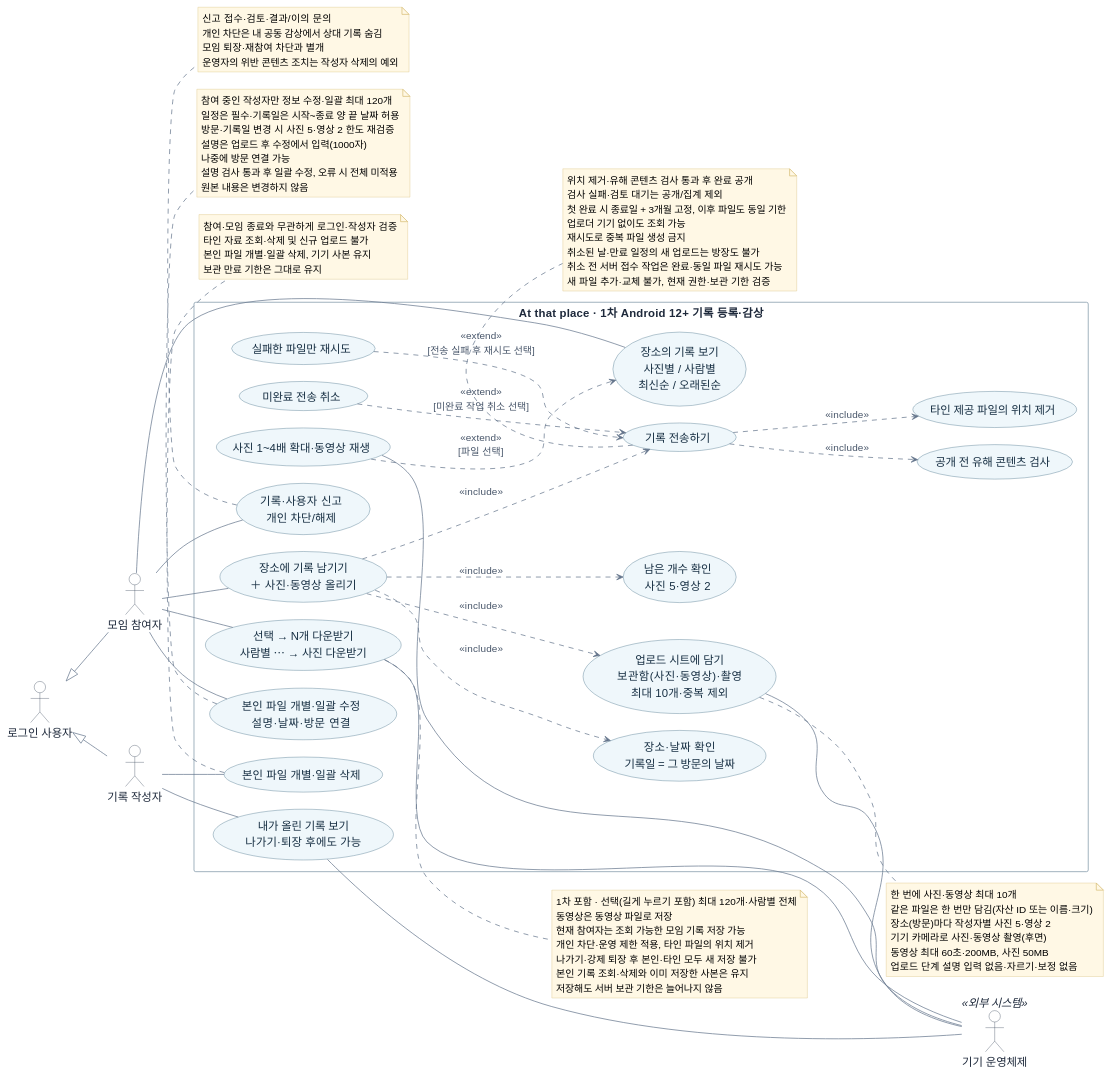
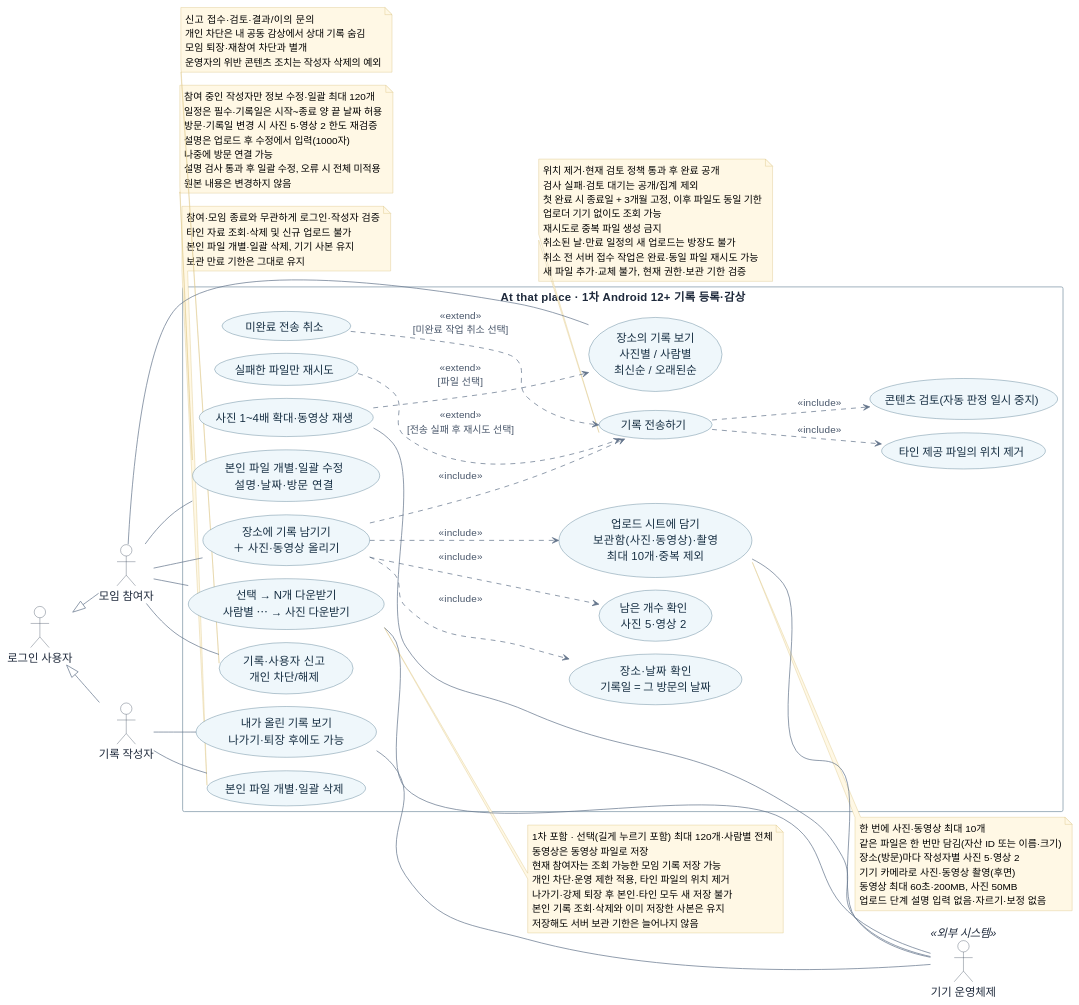
One commit to eunssong2/reelspot changed the diagram in 기능 명세서/다이어그램/recording.puml. Above: the diagram before and after it, drawn with PlantUML. The commit also changed 181 other files, not shown here.

```diff
--- a/기능 명세서/다이어그램/recording.puml
+++ b/기능 명세서/다이어그램/recording.puml
@@ -1,127 +1,128 @@
 @startuml
+!pragma layout smetana
 left to right direction
 skinparam backgroundColor white
 skinparam shadowing false
 skinparam defaultFontName "Noto Sans CJK KR"
 skinparam defaultFontSize 16
 skinparam ArrowColor #64748B
 skinparam ArrowFontColor #475569
 skinparam ArrowFontSize 14
 skinparam nodesep 24
 skinparam ranksep 48
 skinparam actor {
   BorderColor #334155
   FontColor #1E293B
   BackgroundColor white
 }
 skinparam usecase {
   BorderColor #35637C
   BackgroundColor #EFF7FB
   FontColor #172F43
 }
 skinparam rectangle {
   BorderColor #7A92A3
   BackgroundColor white
   FontColor #1E293B
 }
 skinparam note {
   BackgroundColor #FFF8E5
   BorderColor #D6BD75
   FontSize 14
 }
 
 actor "로그인 사용자" as User
 actor "모임 참여자" as Member
 actor "기록 작성자" as Author
 actor "기기 운영체제" as OS <<외부 시스템>>
 Member -up-|> User
 Author -up-|> User
 
 rectangle "At that place · 1차 Android 12+ 기록 등록·감상" {
   usecase "장소에 기록 남기기\n＋ 사진·동영상 올리기" as Record
   usecase "장소·날짜 확인\n기록일 = 그 방문의 날짜" as Target
   usecase "업로드 시트에 담기\n보관함(사진·동영상)·촬영\n최대 10개·중복 제외" as Prepare
   usecase "남은 개수 확인\n사진 5·영상 2" as Describe
   usecase "기록 전송하기" as Send
   usecase "타인 제공 파일의 위치 제거" as Privacy
-  usecase "공개 전 유해 콘텐츠 검사" as Filter
+  usecase "콘텐츠 검토(자동 판정 일시 중지)" as Filter
   usecase "기록·사용자 신고\n개인 차단/해제" as Safety
   usecase "실패한 파일만 재시도" as Retry
   usecase "미완료 전송 취소" as Cancel
   usecase "장소의 기록 보기\n사진별 / 사람별\n최신순 / 오래된순" as Browse
   usecase "사진 1~4배 확대·동영상 재생" as View
   usecase "본인 파일 개별·일괄 수정\n설명·날짜·방문 연결" as Edit
   usecase "선택 → N개 다운받기\n사람별 ⋯ → 사진 다운받기" as Save
   usecase "본인 파일 개별·일괄 삭제" as Delete
   usecase "내가 올린 기록 보기\n나가기·퇴장 후에도 가능" as Mine
 }
 Member -- Save
 Save -- OS
 Member -- Record
 Member -- Browse
 Member -- Safety
 Member -- Edit
 Author -- Mine
 Author -- Delete
 Mine -- OS
 Record ..> Target : <<include>>
 Record ..> Prepare : <<include>>
 Record ..> Describe : <<include>>
 Record ..> Send : <<include>>
 Send ..> Privacy : <<include>>
 Send ..> Filter : <<include>>
 Retry ..> Send : <<extend>>\n[전송 실패 후 재시도 선택]
 Cancel ..> Send : <<extend>>\n[미완료 작업 취소 선택]
 View ..> Browse : <<extend>>\n[파일 선택]
 Prepare -- OS
 View -- OS
 
 note right of Prepare
 한 번에 사진·동영상 최대 10개
 같은 파일은 한 번만 담김(자산 ID 또는 이름·크기)
 장소(방문)마다 작성자별 사진 5·영상 2
 기기 카메라로 사진·동영상 촬영(후면)
 동영상 최대 60초·200MB, 사진 50MB
 업로드 단계 설명 입력 없음·자르기·보정 없음
 end note
 note bottom of Send
-위치 제거·유해 콘텐츠 검사 통과 후 완료 공개
+위치 제거·현재 검토 정책 통과 후 완료 공개
 검사 실패·검토 대기는 공개/집계 제외
 첫 완료 시 종료일 + 3개월 고정, 이후 파일도 동일 기한
 업로더 기기 없이도 조회 가능
 재시도로 중복 파일 생성 금지
 취소된 날·만료 일정의 새 업로드는 방장도 불가
 취소 전 서버 접수 작업은 완료·동일 파일 재시도 가능
 새 파일 추가·교체 불가, 현재 권한·보관 기한 검증
 end note
 note bottom of Delete
 참여·모임 종료와 무관하게 로그인·작성자 검증
 타인 자료 조회·삭제 및 신규 업로드 불가
 본인 파일 개별·일괄 삭제, 기기 사본 유지
 보관 만료 기한은 그대로 유지
 end note
 note bottom of Edit
 참여 중인 작성자만 정보 수정·일괄 최대 120개
 일정은 필수·기록일은 시작~종료 양 끝 날짜 허용
 방문·기록일 변경 시 사진 5·영상 2 한도 재검증
 설명은 업로드 후 수정에서 입력(1000자)
 나중에 방문 연결 가능
 설명 검사 통과 후 일괄 수정, 오류 시 전체 미적용
 원본 내용은 변경하지 않음
 end note
 note right of Save
 1차 포함 · 선택(길게 누르기 포함) 최대 120개·사람별 전체
 동영상은 동영상 파일로 저장
 현재 참여자는 조회 가능한 모임 기록 저장 가능
 개인 차단·운영 제한 적용, 타인 파일의 위치 제거
 나가기·강제 퇴장 후 본인·타인 모두 새 저장 불가
 본인 기록 조회·삭제와 이미 저장한 사본은 유지
 저장해도 서버 보관 기한은 늘어나지 않음
 end note
 note bottom of Safety
 신고 접수·검토·결과/이의 문의
 개인 차단은 내 공동 감상에서 상대 기록 숨김
 모임 퇴장·재참여 차단과 별개
 운영자의 위반 콘텐츠 조치는 작성자 삭제의 예외
 end note
 @enduml
```
